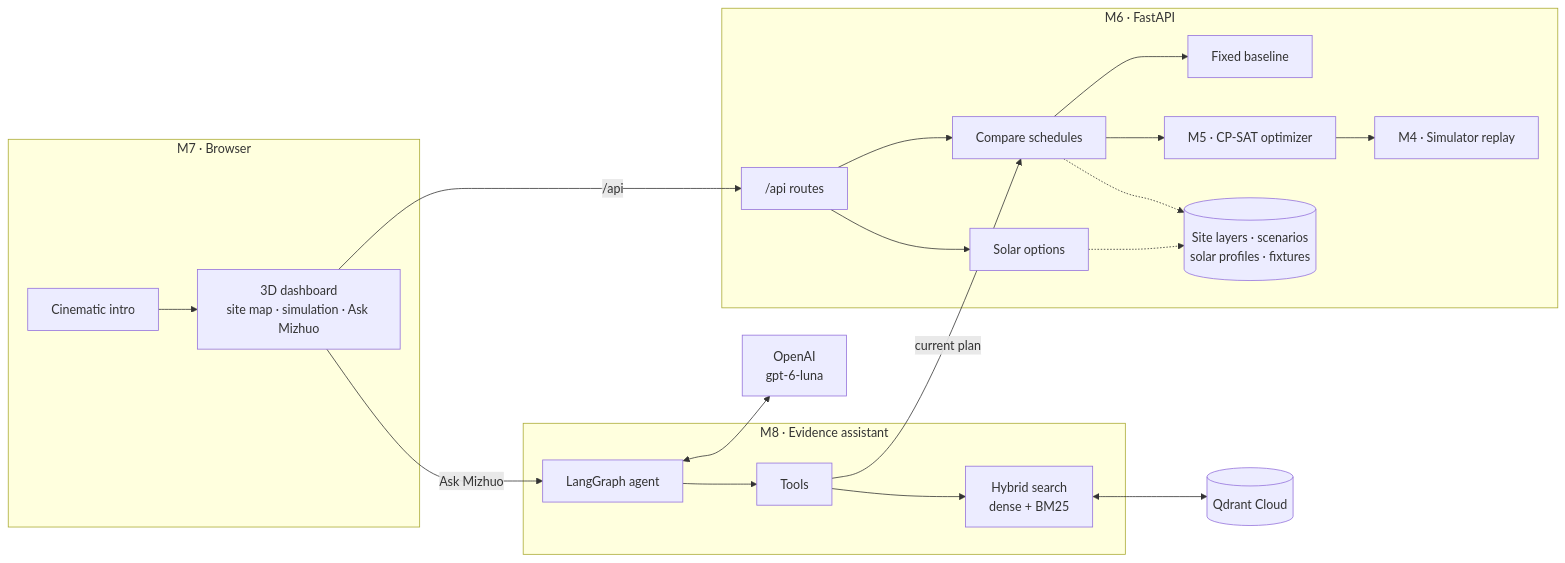
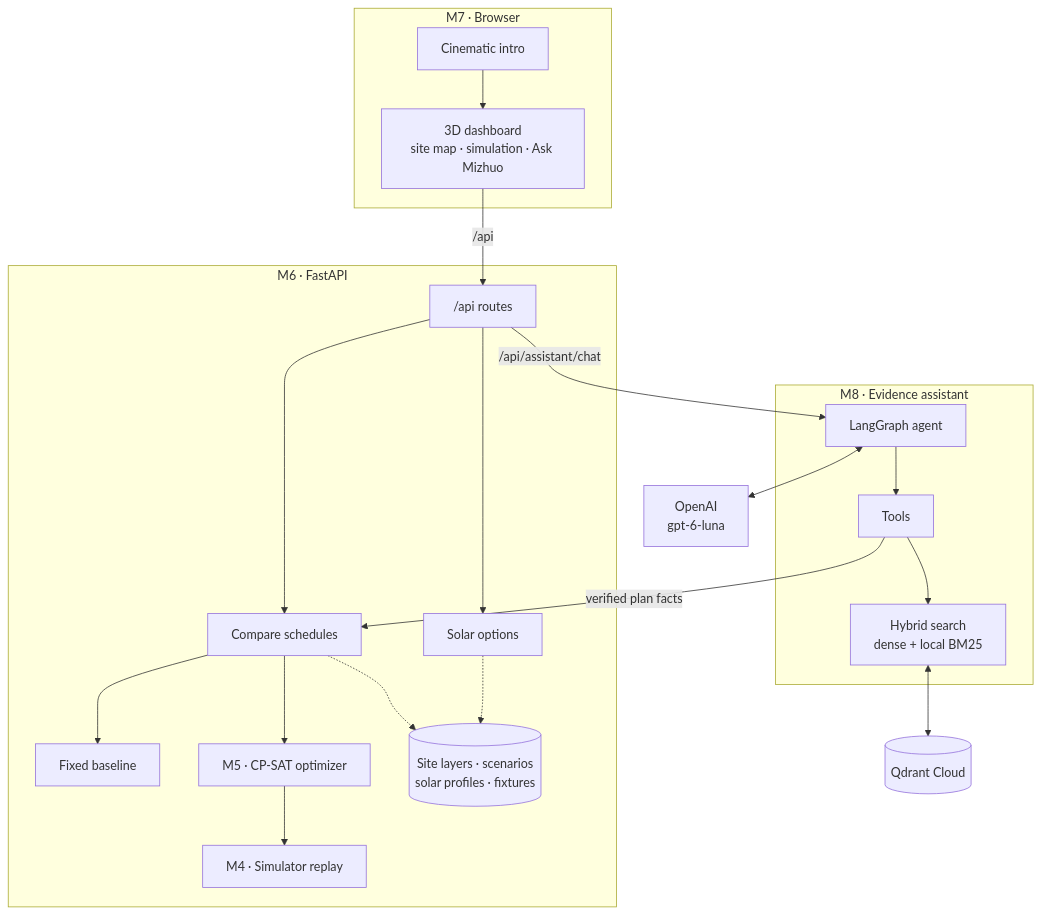
The first of 4 diagrams in README.md (omarfh111/MIZUHO), drawn with Mermaid before and after one commit. The commit also changed other lines of this file, not shown here.

Commit message:
Align the four README diagrams with the connected app

````diff
--- a/README.md
+++ b/README.md
@@ -45,28 +45,30 @@
 ```mermaid
-flowchart LR
+flowchart TD
+  accTitle: MIZUHO application architecture
+  accDescr: The dashboard sends requests to FastAPI for M6 irrigation planning and M8 evidence-backed answers.
   subgraph M7["M7 · Browser"]
     intro["Cinematic intro"] --> dash["3D dashboard<br/>site map · simulation · Ask Mizhuo"]
   end
 
   subgraph M6["M6 · FastAPI"]
     api["/api routes"] --> compare["Compare schedules"]
     compare --> baseline["Fixed baseline"]
     compare --> cpsat["M5 · CP-SAT optimizer"]
     cpsat --> sim["M4 · Simulator replay"]
     api --> solar["Solar options"]
     data[("Site layers · scenarios<br/>solar profiles · fixtures")]
   end
 
   subgraph M8["M8 · Evidence assistant"]
     agent["LangGraph agent"] --> tools["Tools"]
-    tools --> search["Hybrid search<br/>dense + BM25"]
+    tools --> search["Hybrid search<br/>dense + local BM25"]
   end
 
-  dash -- "/api" --> api
-  dash -- "Ask Mizhuo" --> agent
-  tools -- "current plan" --> compare
+  dash -->|"/api"| api
+  api -->|"/api/assistant/chat"| agent
+  tools -->|"verified plan facts"| compare
   compare -.-> data
   solar -.-> data
   agent <--> llm["OpenAI<br/>gpt-6-luna"]
   search <--> qdrant[("Qdrant Cloud")]
 ```
````
